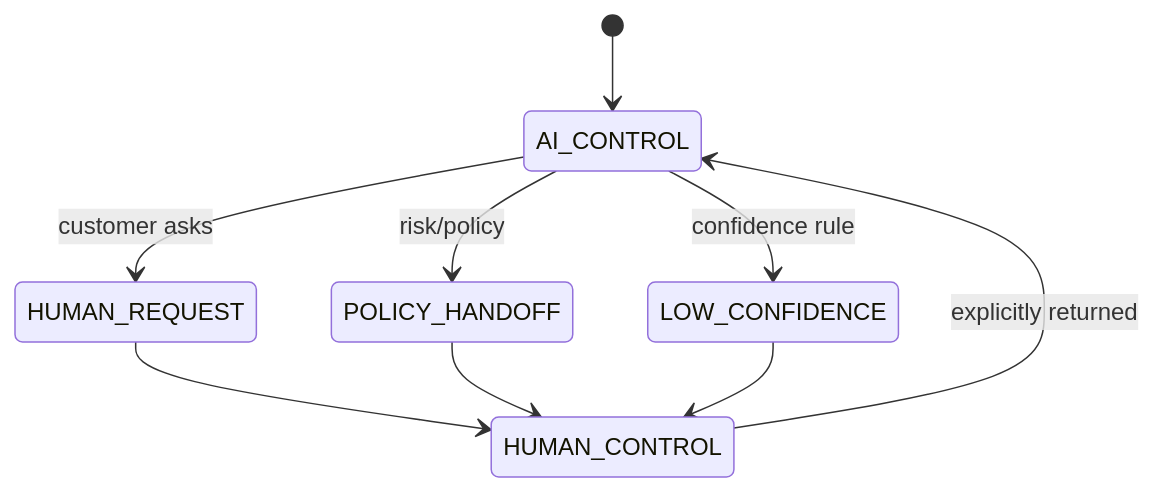
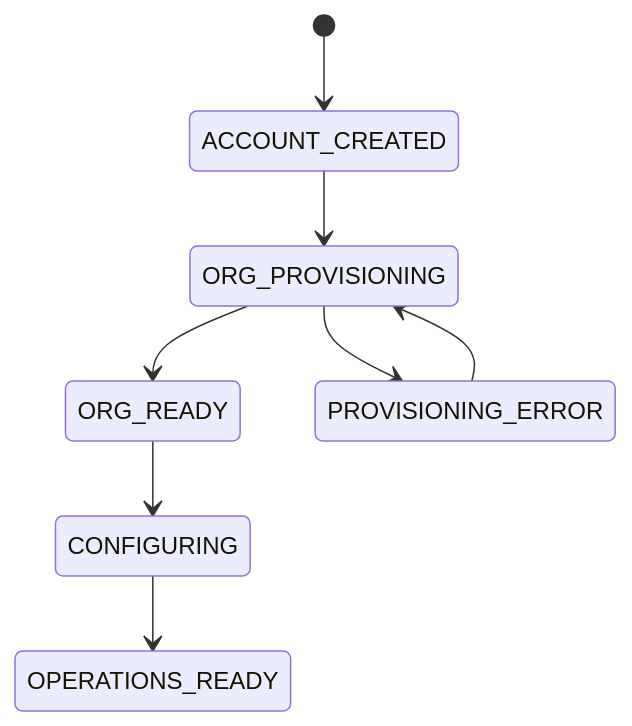
The first of 4 diagrams in docs/product/UX-flows.md (D-engahmed/OMILINKS), drawn with Mermaid before and after one commit. The commit also changed other lines of this file and 2 other files, not shown here.

```diff
--- a/docs/product/UX-flows.md
+++ b/docs/product/UX-flows.md
@@ -66,11 +20,10 @@
 ~~~mermaid
 stateDiagram-v2
-    [*] --> AI_CONTROL
-    AI_CONTROL --> HUMAN_REQUEST: customer asks
-    AI_CONTROL --> POLICY_HANDOFF: risk/policy
-    AI_CONTROL --> LOW_CONFIDENCE: confidence rule
-    HUMAN_REQUEST --> HUMAN_CONTROL
-    POLICY_HANDOFF --> HUMAN_CONTROL
-    LOW_CONFIDENCE --> HUMAN_CONTROL
-    HUMAN_CONTROL --> AI_CONTROL: explicitly returned
+    [*] --> ACCOUNT_CREATED
+    ACCOUNT_CREATED --> ORG_PROVISIONING
+    ORG_PROVISIONING --> ORG_READY
+    ORG_PROVISIONING --> PROVISIONING_ERROR
+    PROVISIONING_ERROR --> ORG_PROVISIONING
+    ORG_READY --> CONFIGURING
+    CONFIGURING --> OPERATIONS_READY
 ~~~
```
